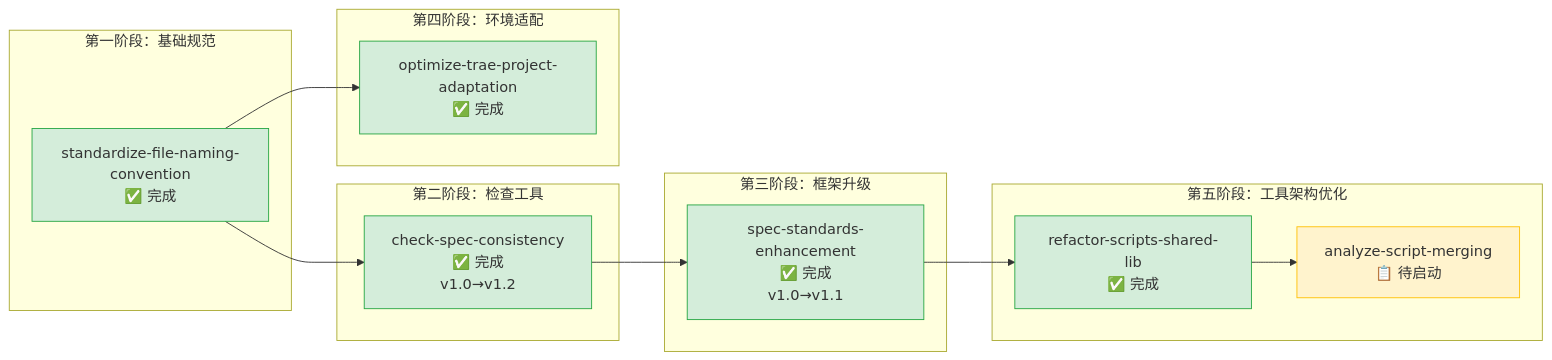
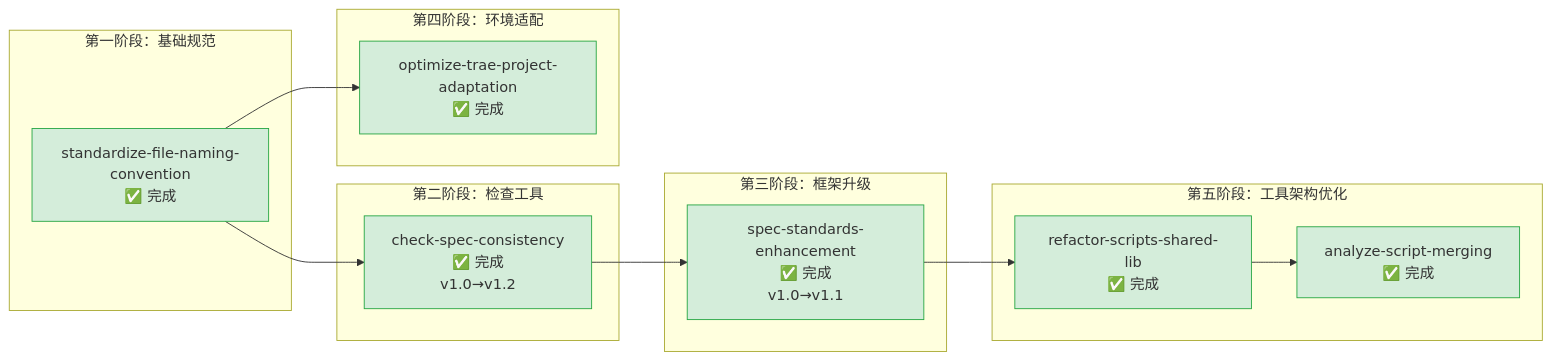
One commit to xinetzone/SpecWeave changed the diagram in .trae/specs/standards-tools/README.md. Above: the diagram before and after it, drawn with Mermaid. The commit also changed other lines of this file and 4 other files, not shown here.

First line of the commit message:
docs(spec): 完成 analyze-script-merging 脚本合并可行性分析

````diff
--- a/.trae/specs/standards-tools/README.md
+++ b/.trae/specs/standards-tools/README.md
@@ -26,30 +26,30 @@
 ```mermaid
 flowchart LR
     subgraph S1 ["第一阶段：基础规范"]
         SFNC["standardize-file-naming-convention<br>✅ 完成"]
     end
     subgraph S2 ["第二阶段：检查工具"]
         CSC["check-spec-consistency<br>✅ 完成<br>v1.0→v1.2"]
     end
     subgraph S3 ["第三阶段：框架升级"]
         SSE["spec-standards-enhancement<br>✅ 完成<br>v1.0→v1.1"]
     end
     subgraph S4 ["第四阶段：环境适配"]
         OTPA["optimize-trae-project-adaptation<br>✅ 完成"]
     end
     subgraph S5 ["第五阶段：工具架构优化"]
         RSL["refactor-scripts-shared-lib<br>✅ 完成"]
-        ASM["analyze-script-merging<br>📋 待启动"]
+        ASM["analyze-script-merging<br>✅ 完成"]
     end
     SFNC --> CSC
     CSC --> SSE
     SFNC --> OTPA
     SSE --> RSL
     RSL --> ASM
     style SFNC fill:#d4edda,stroke:#28a745
     style CSC fill:#d4edda,stroke:#28a745
     style SSE fill:#d4edda,stroke:#28a745
     style OTPA fill:#d4edda,stroke:#28a745
     style RSL fill:#d4edda,stroke:#28a745
-    style ASM fill:#fff3cd,stroke:#ffc107
+    style ASM fill:#d4edda,stroke:#28a745
 ```
````
